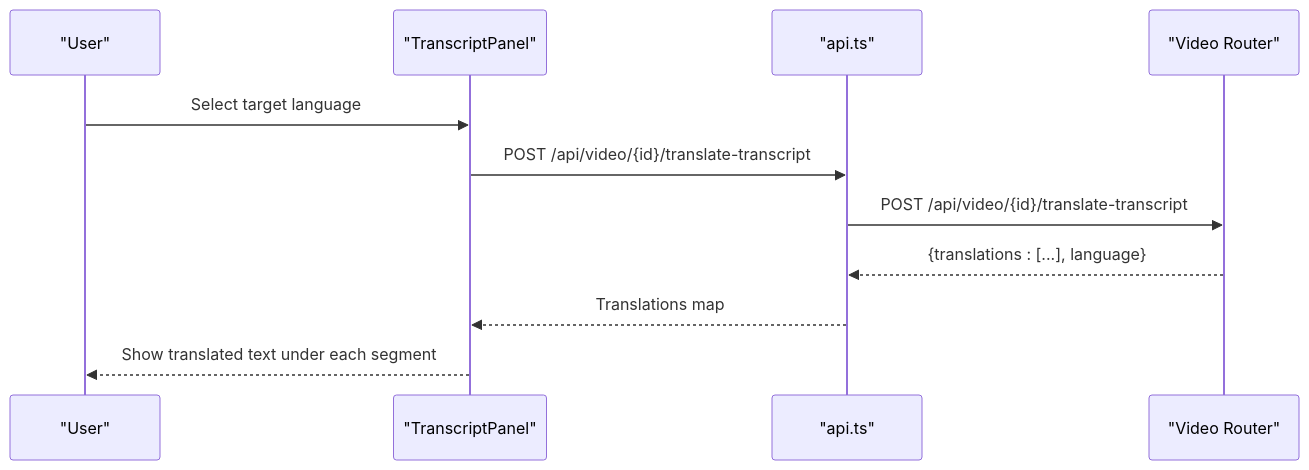
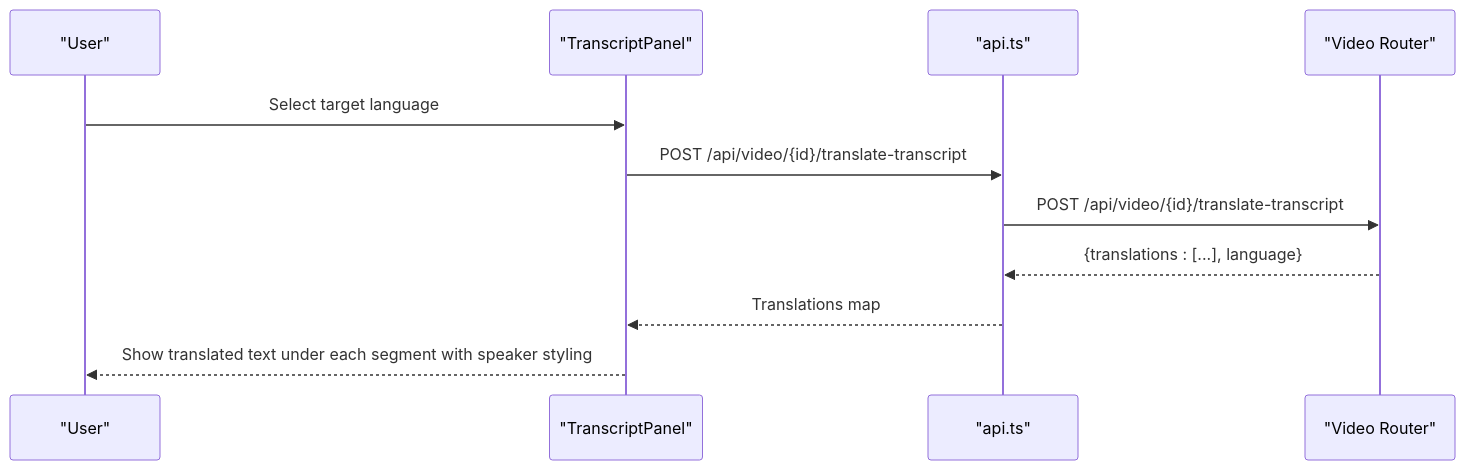
One commit to alexandreybasta-cyber/dubai-media-ai changed the sixth of 8 diagrams in .qoder/repowiki/en/content/Media Processing Pipeline/Subtitle Generation Module.md. Above: the diagram before and after it, drawn with Mermaid. The commit also changed other lines of this file and 20 other files, not shown here.

````diff
--- a/.qoder/repowiki/en/content/Media Processing Pipeline/Subtitle Generation Module.md
+++ b/.qoder/repowiki/en/content/Media Processing Pipeline/Subtitle Generation Module.md
@@ -248,13 +275,13 @@
 ```mermaid
 sequenceDiagram
 participant User as "User"
 participant Panel as "TranscriptPanel"
 participant API as "api.ts"
 participant Router as "Video Router"
 User->>Panel : Select target language
 Panel->>API : POST /api/video/{id}/translate-transcript
 API->>Router : POST /api/video/{id}/translate-transcript
 Router-->>API : {translations : [...], language}
 API-->>Panel : Translations map
-Panel-->>User : Show translated text under each segment
+Panel-->>User : Show translated text under each segment with speaker styling
 ```
````
